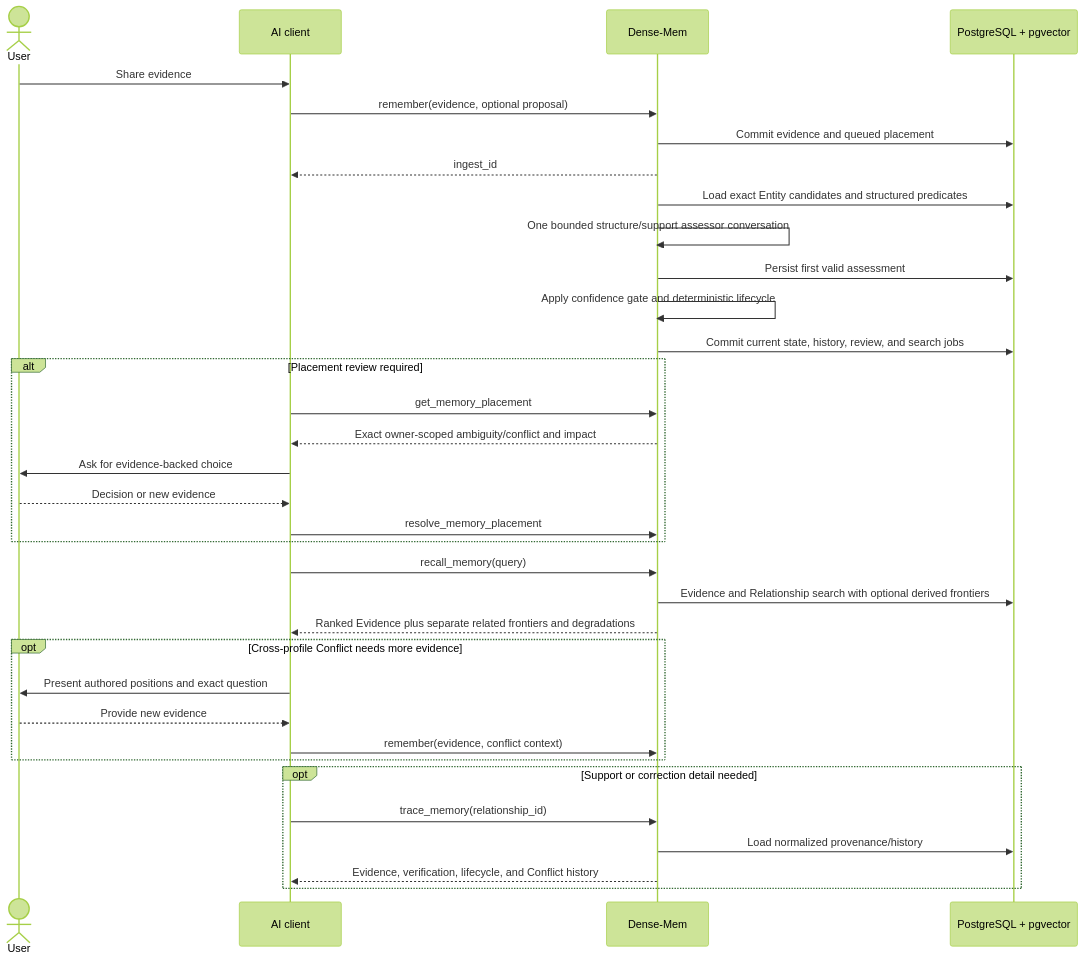
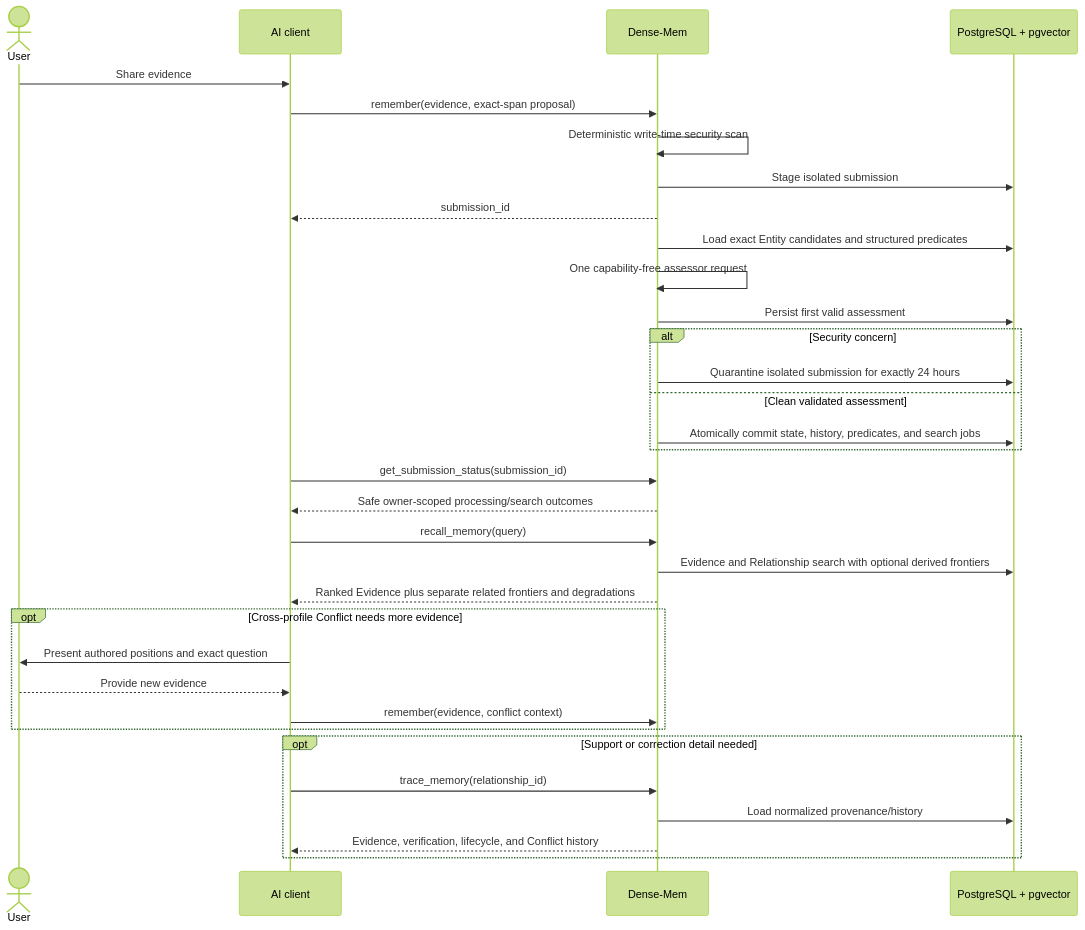
One commit to markhuangai/dense-mem changed the first of 3 diagrams in Home.md. Above: the diagram before and after it, drawn with Mermaid (forest theme). The commit also changed other lines of this file and 16 other files, not shown here.

````diff
--- a/Home.md
+++ b/Home.md
@@ -26,38 +26,37 @@
 ```mermaid
 %%{init: {"sequence": {"rightAngles": true}}}%%
 sequenceDiagram
   actor User
   participant Host as AI client
   participant DM as Dense-Mem
   participant PG as PostgreSQL + pgvector
 
   User->>Host: Share evidence
-  Host->>DM: remember(evidence, optional proposal)
-  DM->>PG: Commit evidence and queued placement
-  DM-->>Host: ingest_id
+  Host->>DM: remember(evidence, exact-span proposal)
+  DM->>DM: Deterministic write-time security scan
+  DM->>PG: Stage isolated submission
+  DM-->>Host: submission_id
   DM->>PG: Load exact Entity candidates and structured predicates
-  DM->>DM: One bounded structure/support assessor conversation
+  DM->>DM: One capability-free assessor request
   DM->>PG: Persist first valid assessment
-  DM->>DM: Apply confidence gate and deterministic lifecycle
-  DM->>PG: Commit current state, history, review, and search jobs
-  alt Placement review required
-    Host->>DM: get_memory_placement
-    DM-->>Host: Exact owner-scoped ambiguity/conflict and impact
-    Host->>User: Ask for evidence-backed choice
-    User-->>Host: Decision or new evidence
-    Host->>DM: resolve_memory_placement
+  alt Security concern
+    DM->>PG: Quarantine isolated submission for exactly 24 hours
+  else Clean validated assessment
+    DM->>PG: Atomically commit state, history, predicates, and search jobs
   end
+  Host->>DM: get_submission_status(submission_id)
+  DM-->>Host: Safe owner-scoped processing/search outcomes
   Host->>DM: recall_memory(query)
   DM->>PG: Evidence and Relationship search with optional derived frontiers
   DM-->>Host: Ranked Evidence plus separate related frontiers and degradations
   opt Cross-profile Conflict needs more evidence
     Host->>User: Present authored positions and exact question
     User-->>Host: Provide new evidence
     Host->>DM: remember(evidence, conflict context)
   end
   opt Support or correction detail needed
     Host->>DM: trace_memory(relationship_id)
     DM->>PG: Load normalized provenance/history
     DM-->>Host: Evidence, verification, lifecycle, and Conflict history
   end
 ```
````
